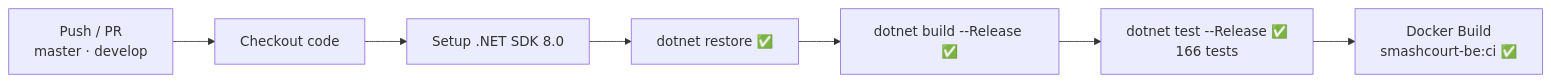
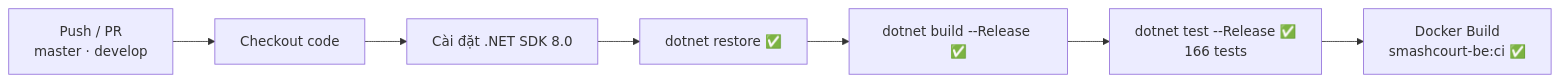
Before and after one commit to NguyenThanhTrung-N2T/SmashCourt-BE: the fourth of 4 diagrams in README.md, drawn with Mermaid. The commit also changed other lines of this file, not shown here.

````diff
--- a/README.md
+++ b/README.md
@@ -571,9 +571,9 @@
 ```mermaid
 flowchart LR
     Push["Push / PR\nmaster · develop"] --> Checkout[Checkout code]
-    Checkout --> Setup["Setup .NET SDK 8.0"]
+    Checkout --> Setup["Cài đặt .NET SDK 8.0"]
     Setup --> Restore["dotnet restore ✅"]
     Restore --> Build["dotnet build --Release ✅"]
     Build --> Test["dotnet test --Release ✅\n166 tests"]
     Test --> Docker["Docker Build\nsmashcourt-be:ci ✅"]
 ```
````
